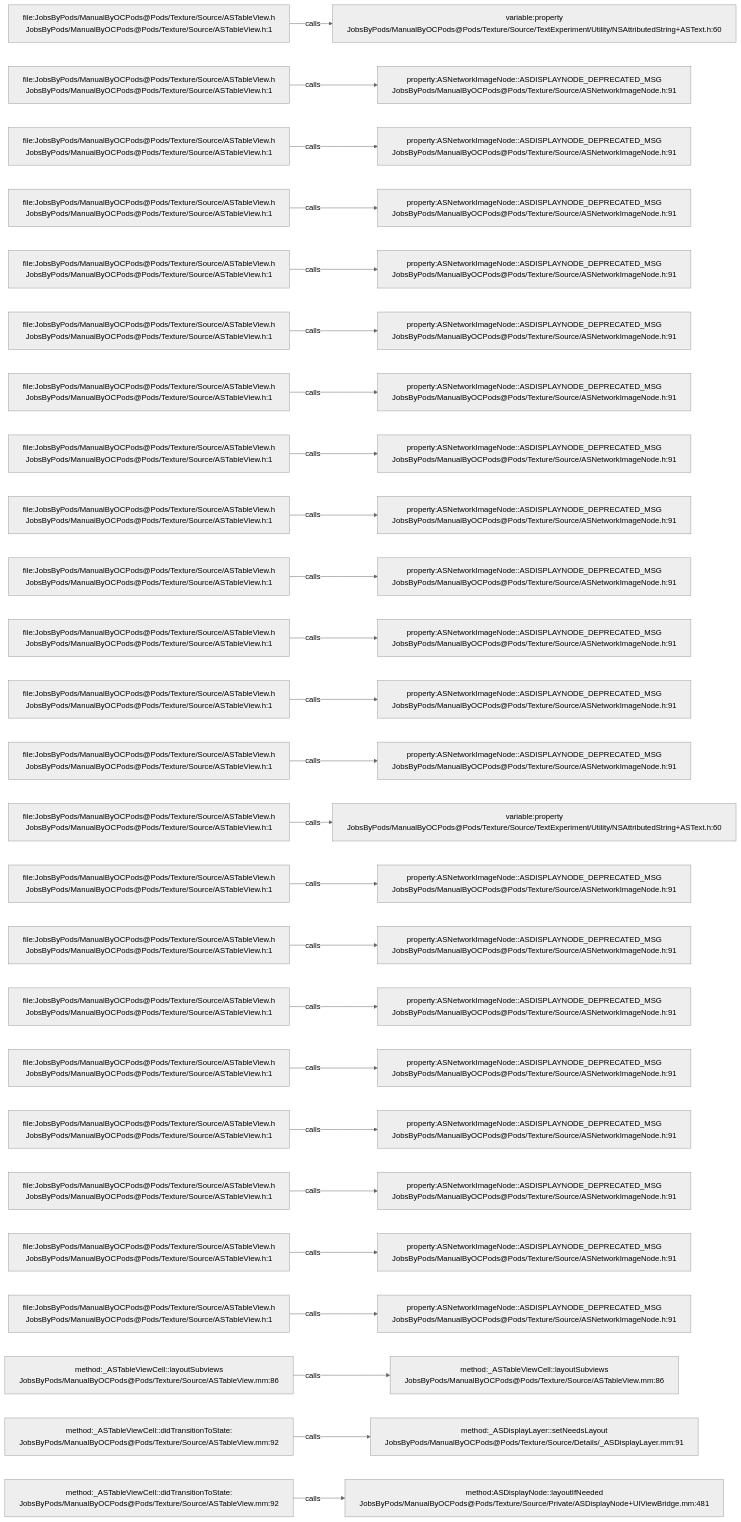
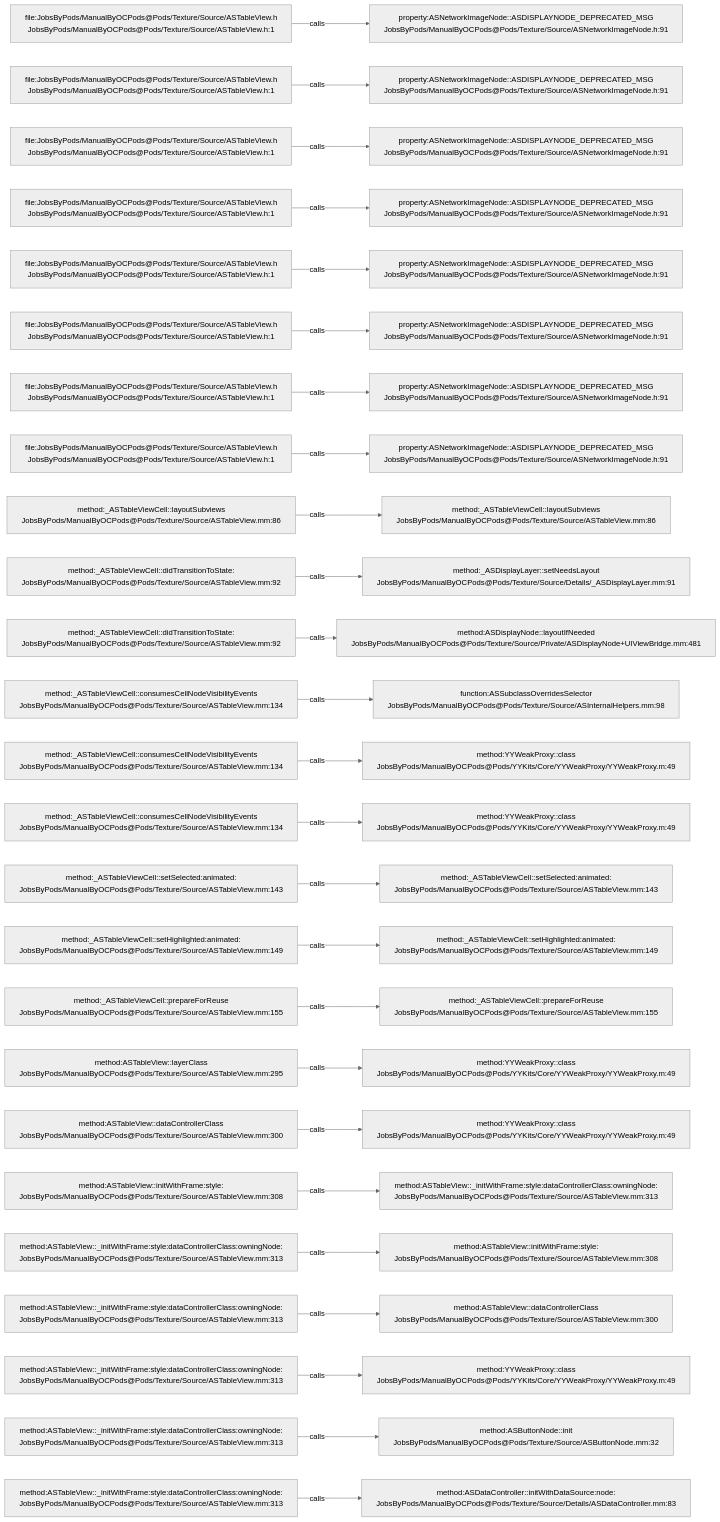
The diagram in .codegraph/codegraph.md/graphs/calls-127.md (JobsKits/JobsOCBaseConfigDemo), drawn with Mermaid (neutral theme) before and after one commit. The commit also changed 296 other files, not shown here.

````diff
--- a/.codegraph/codegraph.md/graphs/calls-127.md
+++ b/.codegraph/codegraph.md/graphs/calls-127.md
@@ -13,78 +13,78 @@
 ```mermaid
 flowchart LR
   S1["file:JobsByPods/ManualByOCPods@Pods/Texture/Source/ASTableView.h<br/>JobsByPods/ManualByOCPods@Pods/Texture/Source/ASTableView.h:1"]
-  T1["variable:property<br/>JobsByPods/ManualByOCPods@Pods/Texture/Source/TextExperiment/Utility/NSAttributedString+ASText.h:60"]
+  T1["property:ASNetworkImageNode::ASDISPLAYNODE_DEPRECATED_MSG<br/>JobsByPods/ManualByOCPods@Pods/Texture/Source/ASNetworkImageNode.h:91"]
   S1 -->|calls| T1
   S2["file:JobsByPods/ManualByOCPods@Pods/Texture/Source/ASTableView.h<br/>JobsByPods/ManualByOCPods@Pods/Texture/Source/ASTableView.h:1"]
   T2["property:ASNetworkImageNode::ASDISPLAYNODE_DEPRECATED_MSG<br/>JobsByPods/ManualByOCPods@Pods/Texture/Source/ASNetworkImageNode.h:91"]
   S2 -->|calls| T2
   S3["file:JobsByPods/ManualByOCPods@Pods/Texture/Source/ASTableView.h<br/>JobsByPods/ManualByOCPods@Pods/Texture/Source/ASTableView.h:1"]
   T3["property:ASNetworkImageNode::ASDISPLAYNODE_DEPRECATED_MSG<br/>JobsByPods/ManualByOCPods@Pods/Texture/Source/ASNetworkImageNode.h:91"]
   S3 -->|calls| T3
   S4["file:JobsByPods/ManualByOCPods@Pods/Texture/Source/ASTableView.h<br/>JobsByPods/ManualByOCPods@Pods/Texture/Source/ASTableView.h:1"]
   T4["property:ASNetworkImageNode::ASDISPLAYNODE_DEPRECATED_MSG<br/>JobsByPods/ManualByOCPods@Pods/Texture/Source/ASNetworkImageNode.h:91"]
   S4 -->|calls| T4
   S5["file:JobsByPods/ManualByOCPods@Pods/Texture/Source/ASTableView.h<br/>JobsByPods/ManualByOCPods@Pods/Texture/Source/ASTableView.h:1"]
   T5["property:ASNetworkImageNode::ASDISPLAYNODE_DEPRECATED_MSG<br/>JobsByPods/ManualByOCPods@Pods/Texture/Source/ASNetworkImageNode.h:91"]
   S5 -->|calls| T5
   S6["file:JobsByPods/ManualByOCPods@Pods/Texture/Source/ASTableView.h<br/>JobsByPods/ManualByOCPods@Pods/Texture/Source/ASTableView.h:1"]
   T6["property:ASNetworkImageNode::ASDISPLAYNODE_DEPRECATED_MSG<br/>JobsByPods/ManualByOCPods@Pods/Texture/Source/ASNetworkImageNode.h:91"]
   S6 -->|calls| T6
   S7["file:JobsByPods/ManualByOCPods@Pods/Texture/Source/ASTableView.h<br/>JobsByPods/ManualByOCPods@Pods/Texture/Source/ASTableView.h:1"]
   T7["property:ASNetworkImageNode::ASDISPLAYNODE_DEPRECATED_MSG<br/>JobsByPods/ManualByOCPods@Pods/Texture/Source/ASNetworkImageNode.h:91"]
   S7 -->|calls| T7
   S8["file:JobsByPods/ManualByOCPods@Pods/Texture/Source/ASTableView.h<br/>JobsByPods/ManualByOCPods@Pods/Texture/Source/ASTableView.h:1"]
   T8["property:ASNetworkImageNode::ASDISPLAYNODE_DEPRECATED_MSG<br/>JobsByPods/ManualByOCPods@Pods/Texture/Source/ASNetworkImageNode.h:91"]
   S8 -->|calls| T8
-  S9["file:JobsByPods/ManualByOCPods@Pods/Texture/Source/ASTableView.h<br/>JobsByPods/ManualByOCPods@Pods/Texture/Source/ASTableView.h:1"]
-  T9["property:ASNetworkImageNode::ASDISPLAYNODE_DEPRECATED_MSG<br/>JobsByPods/ManualByOCPods@Pods/Texture/Source/ASNetworkImageNode.h:91"]
+  S9["method:_ASTableViewCell::layoutSubviews<br/>JobsByPods/ManualByOCPods@Pods/Texture/Source/ASTableView.mm:86"]
+  T9["method:_ASTableViewCell::layoutSubviews<br/>JobsByPods/ManualByOCPods@Pods/Texture/Source/ASTableView.mm:86"]
   S9 -->|calls| T9
-  S10["file:JobsByPods/ManualByOCPods@Pods/Texture/Source/ASTableView.h<br/>JobsByPods/ManualByOCPods@Pods/Texture/Source/ASTableView.h:1"]
-  T10["property:ASNetworkImageNode::ASDISPLAYNODE_DEPRECATED_MSG<br/>JobsByPods/ManualByOCPods@Pods/Texture/Source/ASNetworkImageNode.h:91"]
+  S10["method:_ASTableViewCell::didTransitionToState:<br/>JobsByPods/ManualByOCPods@Pods/Texture/Source/ASTableView.mm:92"]
+  T10["method:_ASDisplayLayer::setNeedsLayout<br/>JobsByPods/ManualByOCPods@Pods/Texture/Source/Details/_ASDisplayLayer.mm:91"]
   S10 -->|calls| T10
-  S11["file:JobsByPods/ManualByOCPods@Pods/Texture/Source/ASTableView.h<br/>JobsByPods/ManualByOCPods@Pods/Texture/Source/ASTableView.h:1"]
-  T11["property:ASNetworkImageNode::ASDISPLAYNODE_DEPRECATED_MSG<br/>JobsByPods/ManualByOCPods@Pods/Texture/Source/ASNetworkImageNode.h:91"]
+  S11["method:_ASTableViewCell::didTransitionToState:<br/>JobsByPods/ManualByOCPods@Pods/Texture/Source/ASTableView.mm:92"]
+  T11["method:ASDisplayNode::layoutIfNeeded<br/>JobsByPods/ManualByOCPods@Pods/Texture/Source/Private/ASDisplayNode+UIViewBridge.mm:481"]
   S11 -->|calls| T11
-  S12["file:JobsByPods/ManualByOCPods@Pods/Texture/Source/ASTableView.h<br/>JobsByPods/ManualByOCPods@Pods/Texture/Source/ASTableView.h:1"]
-  T12["property:ASNetworkImageNode::ASDISPLAYNODE_DEPRECATED_MSG<br/>JobsByPods/ManualByOCPods@Pods/Texture/Source/ASNetworkImageNode.h:91"]
+  S12["method:_ASTableViewCell::consumesCellNodeVisibilityEvents<br/>JobsByPods/ManualByOCPods@Pods/Texture/Source/ASTableView.mm:134"]
+  T12["function:ASSubclassOverridesSelector<br/>JobsByPods/ManualByOCPods@Pods/Texture/Source/ASInternalHelpers.mm:98"]
   S12 -->|calls| T12
-  S13["file:JobsByPods/ManualByOCPods@Pods/Texture/Source/ASTableView.h<br/>JobsByPods/ManualByOCPods@Pods/Texture/Source/ASTableView.h:1"]
-  T13["property:ASNetworkImageNode::ASDISPLAYNODE_DEPRECATED_MSG<br/>JobsByPods/ManualByOCPods@Pods/Texture/Source/ASNetworkImageNode.h:91"]
+  S13["method:_ASTableViewCell::consumesCellNodeVisibilityEvents<br/>JobsByPods/ManualByOCPods@Pods/Texture/Source/ASTableView.mm:134"]
+  T13["method:YYWeakProxy::class<br/>JobsByPods/ManualByOCPods@Pods/YYKits/Core/YYWeakProxy/YYWeakProxy.m:49"]
   S13 -->|calls| T13
-  S14["file:JobsByPods/ManualByOCPods@Pods/Texture/Source/ASTableView.h<br/>JobsByPods/ManualByOCPods@Pods/Texture/Source/ASTableView.h:1"]
-  T14["variable:property<br/>JobsByPods/ManualByOCPods@Pods/Texture/Source/TextExperiment/Utility/NSAttributedString+ASText.h:60"]
+  S14["method:_ASTableViewCell::consumesCellNodeVisibilityEvents<br/>JobsByPods/ManualByOCPods@Pods/Texture/Source/ASTableView.mm:134"]
+  T14["method:YYWeakProxy::class<br/>JobsByPods/ManualByOCPods@Pods/YYKits/Core/YYWeakProxy/YYWeakProxy.m:49"]
   S14 -->|calls| T14
-  S15["file:JobsByPods/ManualByOCPods@Pods/Texture/Source/ASTableView.h<br/>JobsByPods/ManualByOCPods@Pods/Texture/Source/ASTableView.h:1"]
-  T15["property:ASNetworkImageNode::ASDISPLAYNODE_DEPRECATED_MSG<br/>JobsByPods/ManualByOCPods@Pods/Texture/Source/ASNetworkImageNode.h:91"]
+  S15["method:_ASTableViewCell::setSelected:animated:<br/>JobsByPods/ManualByOCPods@Pods/Texture/Source/ASTableView.mm:143"]
+  T15["method:_ASTableViewCell::setSelected:animated:<br/>JobsByPods/ManualByOCPods@Pods/Texture/Source/ASTableView.mm:143"]
   S15 -->|calls| T15
-  S16["file:JobsByPods/ManualByOCPods@Pods/Texture/Source/ASTableView.h<br/>JobsByPods/ManualByOCPods@Pods/Texture/Source/ASTableView.h:1"]
-  T16["property:ASNetworkImageNode::ASDISPLAYNODE_DEPRECATED_MSG<br/>JobsByPods/ManualByOCPods@Pods/Texture/Source/ASNetworkImageNode.h:91"]
+  S16["method:_ASTableViewCell::setHighlighted:animated:<br/>JobsByPods/ManualByOCPods@Pods/Texture/Source/ASTableView.mm:149"]
+  T16["method:_ASTableViewCell::setHighlighted:animated:<br/>JobsByPods/ManualByOCPods@Pods/Texture/Source/ASTableView.mm:149"]
   S16 -->|calls| T16
-  S17["file:JobsByPods/ManualByOCPods@Pods/Texture/Source/ASTableView.h<br/>JobsByPods/ManualByOCPods@Pods/Texture/Source/ASTableView.h:1"]
-  T17["property:ASNetworkImageNode::ASDISPLAYNODE_DEPRECATED_MSG<br/>JobsByPods/ManualByOCPods@Pods/Texture/Source/ASNetworkImageNode.h:91"]
+  S17["method:_ASTableViewCell::prepareForReuse<br/>JobsByPods/ManualByOCPods@Pods/Texture/Source/ASTableView.mm:155"]
+  T17["method:_ASTableViewCell::prepareForReuse<br/>JobsByPods/ManualByOCPods@Pods/Texture/Source/ASTableView.mm:155"]
   S17 -->|calls| T17
-  S18["file:JobsByPods/ManualByOCPods@Pods/Texture/Source/ASTableView.h<br/>JobsByPods/ManualByOCPods@Pods/Texture/Source/ASTableView.h:1"]
-  T18["property:ASNetworkImageNode::ASDISPLAYNODE_DEPRECATED_MSG<br/>JobsByPods/ManualByOCPods@Pods/Texture/Source/ASNetworkImageNode.h:91"]
+  S18["method:ASTableView::layerClass<br/>JobsByPods/ManualByOCPods@Pods/Texture/Source/ASTableView.mm:295"]
+  T18["method:YYWeakProxy::class<br/>JobsByPods/ManualByOCPods@Pods/YYKits/Core/YYWeakProxy/YYWeakProxy.m:49"]
   S18 -->|calls| T18
-  S19["file:JobsByPods/ManualByOCPods@Pods/Texture/Source/ASTableView.h<br/>JobsByPods/ManualByOCPods@Pods/Texture/Source/ASTableView.h:1"]
-  T19["property:ASNetworkImageNode::ASDISPLAYNODE_DEPRECATED_MSG<br/>JobsByPods/ManualByOCPods@Pods/Texture/Source/ASNetworkImageNode.h:91"]
+  S19["method:ASTableView::dataControllerClass<br/>JobsByPods/ManualByOCPods@Pods/Texture/Source/ASTableView.mm:300"]
+  T19["method:YYWeakProxy::class<br/>JobsByPods/ManualByOCPods@Pods/YYKits/Core/YYWeakProxy/YYWeakProxy.m:49"]
   S19 -->|calls| T19
-  S20["file:JobsByPods/ManualByOCPods@Pods/Texture/Source/ASTableView.h<br/>JobsByPods/ManualByOCPods@Pods/Texture/Source/ASTableView.h:1"]
-  T20["property:ASNetworkImageNode::ASDISPLAYNODE_DEPRECATED_MSG<br/>JobsByPods/ManualByOCPods@Pods/Texture/Source/ASNetworkImageNode.h:91"]
+  S20["method:ASTableView::initWithFrame:style:<br/>JobsByPods/ManualByOCPods@Pods/Texture/Source/ASTableView.mm:308"]
+  T20["method:ASTableView::_initWithFrame:style:dataControllerClass:owningNode:<br/>JobsByPods/ManualByOCPods@Pods/Texture/Source/ASTableView.mm:313"]
   S20 -->|calls| T20
-  S21["file:JobsByPods/ManualByOCPods@Pods/Texture/Source/ASTableView.h<br/>JobsByPods/ManualByOCPods@Pods/Texture/Source/ASTableView.h:1"]
-  T21["property:ASNetworkImageNode::ASDISPLAYNODE_DEPRECATED_MSG<br/>JobsByPods/ManualByOCPods@Pods/Texture/Source/ASNetworkImageNode.h:91"]
+  S21["method:ASTableView::_initWithFrame:style:dataControllerClass:owningNode:<br/>JobsByPods/ManualByOCPods@Pods/Texture/Source/ASTableView.mm:313"]
+  T21["method:ASTableView::initWithFrame:style:<br/>JobsByPods/ManualByOCPods@Pods/Texture/Source/ASTableView.mm:308"]
   S21 -->|calls| T21
-  S22["file:JobsByPods/ManualByOCPods@Pods/Texture/Source/ASTableView.h<br/>JobsByPods/ManualByOCPods@Pods/Texture/Source/ASTableView.h:1"]
-  T22["property:ASNetworkImageNode::ASDISPLAYNODE_DEPRECATED_MSG<br/>JobsByPods/ManualByOCPods@Pods/Texture/Source/ASNetworkImageNode.h:91"]
+  S22["method:ASTableView::_initWithFrame:style:dataControllerClass:owningNode:<br/>JobsByPods/ManualByOCPods@Pods/Texture/Source/ASTableView.mm:313"]
+  T22["method:ASTableView::dataControllerClass<br/>JobsByPods/ManualByOCPods@Pods/Texture/Source/ASTableView.mm:300"]
   S22 -->|calls| T22
-  S23["method:_ASTableViewCell::layoutSubviews<br/>JobsByPods/ManualByOCPods@Pods/Texture/Source/ASTableView.mm:86"]
-  T23["method:_ASTableViewCell::layoutSubviews<br/>JobsByPods/ManualByOCPods@Pods/Texture/Source/ASTableView.mm:86"]
+  S23["method:ASTableView::_initWithFrame:style:dataControllerClass:owningNode:<br/>JobsByPods/ManualByOCPods@Pods/Texture/Source/ASTableView.mm:313"]
+  T23["method:YYWeakProxy::class<br/>JobsByPods/ManualByOCPods@Pods/YYKits/Core/YYWeakProxy/YYWeakProxy.m:49"]
   S23 -->|calls| T23
-  S24["method:_ASTableViewCell::didTransitionToState:<br/>JobsByPods/ManualByOCPods@Pods/Texture/Source/ASTableView.mm:92"]
-  T24["method:_ASDisplayLayer::setNeedsLayout<br/>JobsByPods/ManualByOCPods@Pods/Texture/Source/Details/_ASDisplayLayer.mm:91"]
+  S24["method:ASTableView::_initWithFrame:style:dataControllerClass:owningNode:<br/>JobsByPods/ManualByOCPods@Pods/Texture/Source/ASTableView.mm:313"]
+  T24["method:ASButtonNode::init<br/>JobsByPods/ManualByOCPods@Pods/Texture/Source/ASButtonNode.mm:32"]
   S24 -->|calls| T24
-  S25["method:_ASTableViewCell::didTransitionToState:<br/>JobsByPods/ManualByOCPods@Pods/Texture/Source/ASTableView.mm:92"]
-  T25["method:ASDisplayNode::layoutIfNeeded<br/>JobsByPods/ManualByOCPods@Pods/Texture/Source/Private/ASDisplayNode+UIViewBridge.mm:481"]
+  S25["method:ASTableView::_initWithFrame:style:dataControllerClass:owningNode:<br/>JobsByPods/ManualByOCPods@Pods/Texture/Source/ASTableView.mm:313"]
+  T25["method:ASDataController::initWithDataSource:node:<br/>JobsByPods/ManualByOCPods@Pods/Texture/Source/Details/ASDataController.mm:83"]
   S25 -->|calls| T25
 ```
````
